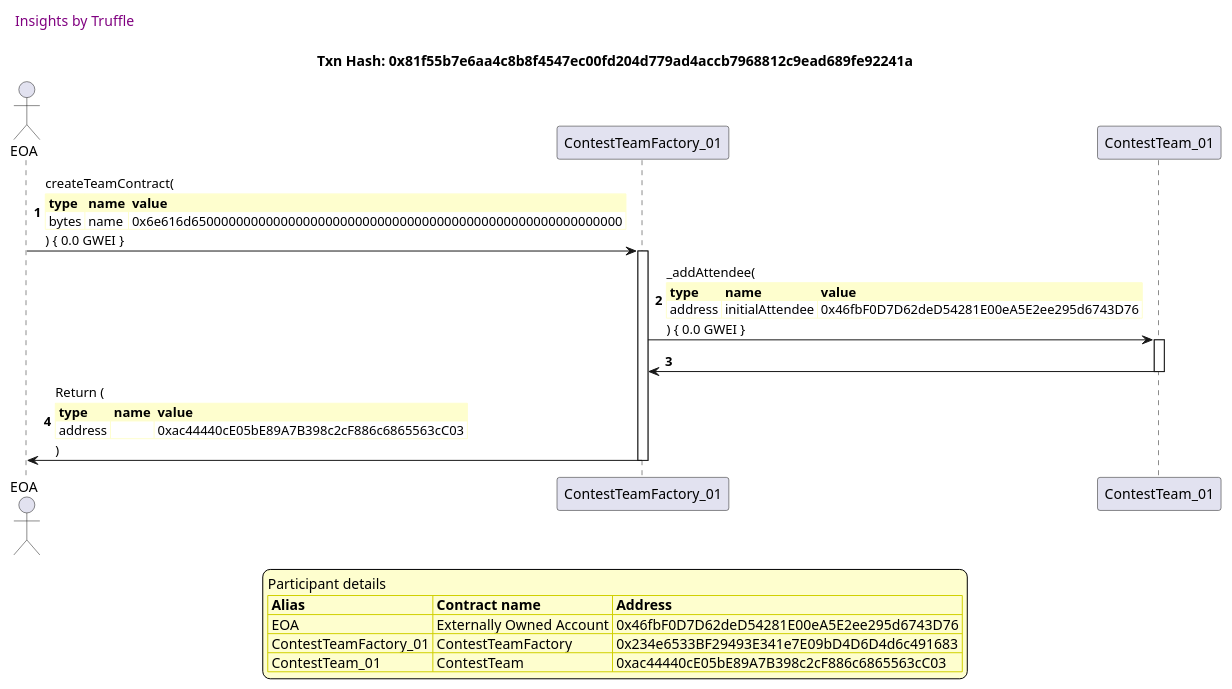
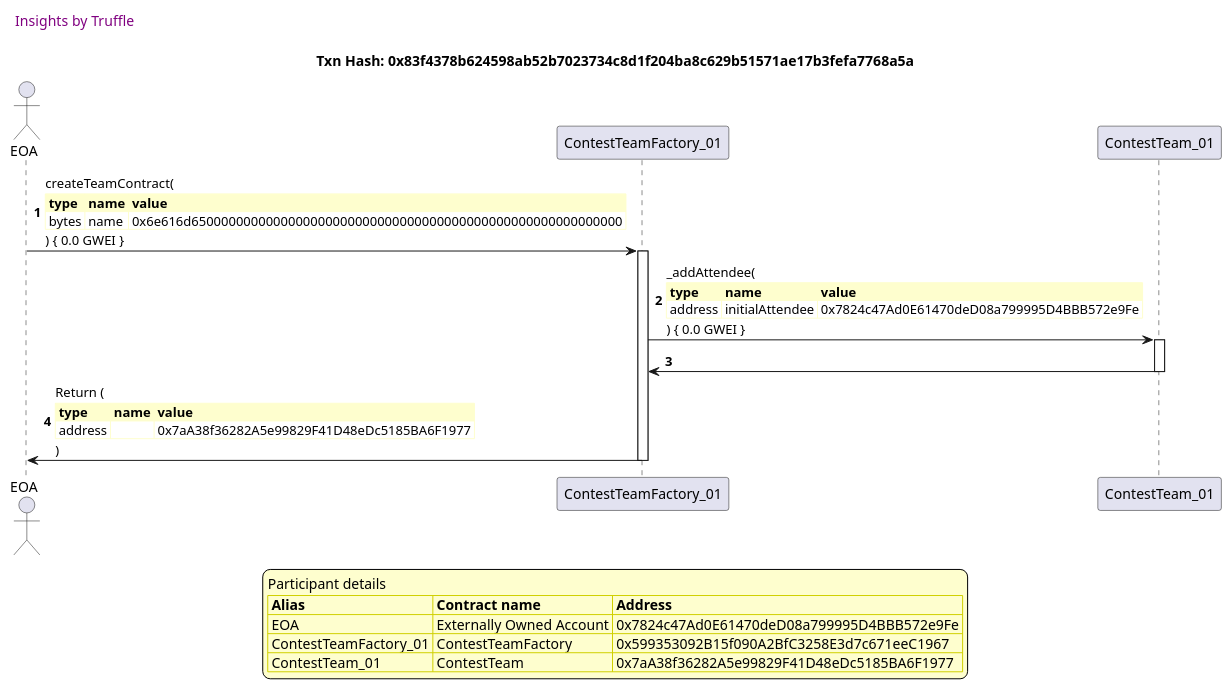
One commit to fodisi/hackapay changed the sixth of 11 diagrams in truffle-seq/factory_contestteamfactory.md. Above: the diagram before and after it, drawn with PlantUML. The commit also changed other lines of this file and 10 other files, not shown here.

````diff
--- a/truffle-seq/factory_contestteamfactory.md
+++ b/truffle-seq/factory_contestteamfactory.md
@@ -264,50 +264,50 @@
 ```plantuml
 
 
 @startuml
 
 autonumber
 skinparam legendBackgroundColor #FEFECE
 
 <style>
       header {
         HorizontalAlignment left
         FontColor purple
         FontSize 14
         Padding 10
       }
     </style>
 
 header Insights by Truffle
 
-title Txn Hash: 0x81f55b7e6aa4c8b8f4547ec00fd204d779ad4accb7968812c9ead689fe92241a
+title Txn Hash: 0x83f4378b624598ab52b7023734c8d1f204ba8c629b51571ae17b3fefa7768a5a
 
 
 actor EOA as "EOA"
 participant ContestTeamFactory_01 as "ContestTeamFactory_01"
 participant ContestTeam_01 as "ContestTeam_01"
 
 "EOA" -> "ContestTeamFactory_01" ++: createTeamContract(\n\
 <#FEFECE,#FEFECE>|= type |= name |= value |\n\
 | bytes | name | 0x6e616d6500000000000000000000000000000000000000000000000000000000 |\n\
 ) { 0.0 GWEI }
 "ContestTeamFactory_01" -> "ContestTeam_01" ++: _addAttendee(\n\
 <#FEFECE,#FEFECE>|= type |= name |= value |\n\
-| address | initialAttendee | 0x46fbF0D7D62deD54281E00eA5E2ee295d6743D76 |\n\
+| address | initialAttendee | 0x7824c47Ad0E61470deD08a799995D4BBB572e9Fe |\n\
 ) { 0.0 GWEI }
 "ContestTeam_01" -> "ContestTeamFactory_01" --: 
 "ContestTeamFactory_01" -> "EOA" --: Return (\n\
 <#FEFECE,#FEFECE>|= type |= name |= value |\n\
-| address |  | 0xac44440cE05bE89A7B398c2cF886c6865563cC03 |\n\
+| address |  | 0x7aA38f36282A5e99829F41D48eDc5185BA6F1977 |\n\
 )
 
 legend
 Participant details
 <#FEFECE,#D0D000>|= Alias |= Contract name |= Address |
-<#FEFECE>| EOA | Externally Owned Account | 0x46fbF0D7D62deD54281E00eA5E2ee295d6743D76 |
-<#FEFECE>| ContestTeamFactory_01 | ContestTeamFactory | 0x234e6533BF29493E341e7E09bD4D6D4d6c491683 |
-<#FEFECE>| ContestTeam_01 | ContestTeam | 0xac44440cE05bE89A7B398c2cF886c6865563cC03 |
+<#FEFECE>| EOA | Externally Owned Account | 0x7824c47Ad0E61470deD08a799995D4BBB572e9Fe |
+<#FEFECE>| ContestTeamFactory_01 | ContestTeamFactory | 0x599353092B15f090A2BfC3258E3d7c671eeC1967 |
+<#FEFECE>| ContestTeam_01 | ContestTeam | 0x7aA38f36282A5e99829F41D48eDc5185BA6F1977 |
 endlegend
 
 @enduml
 ```
````
